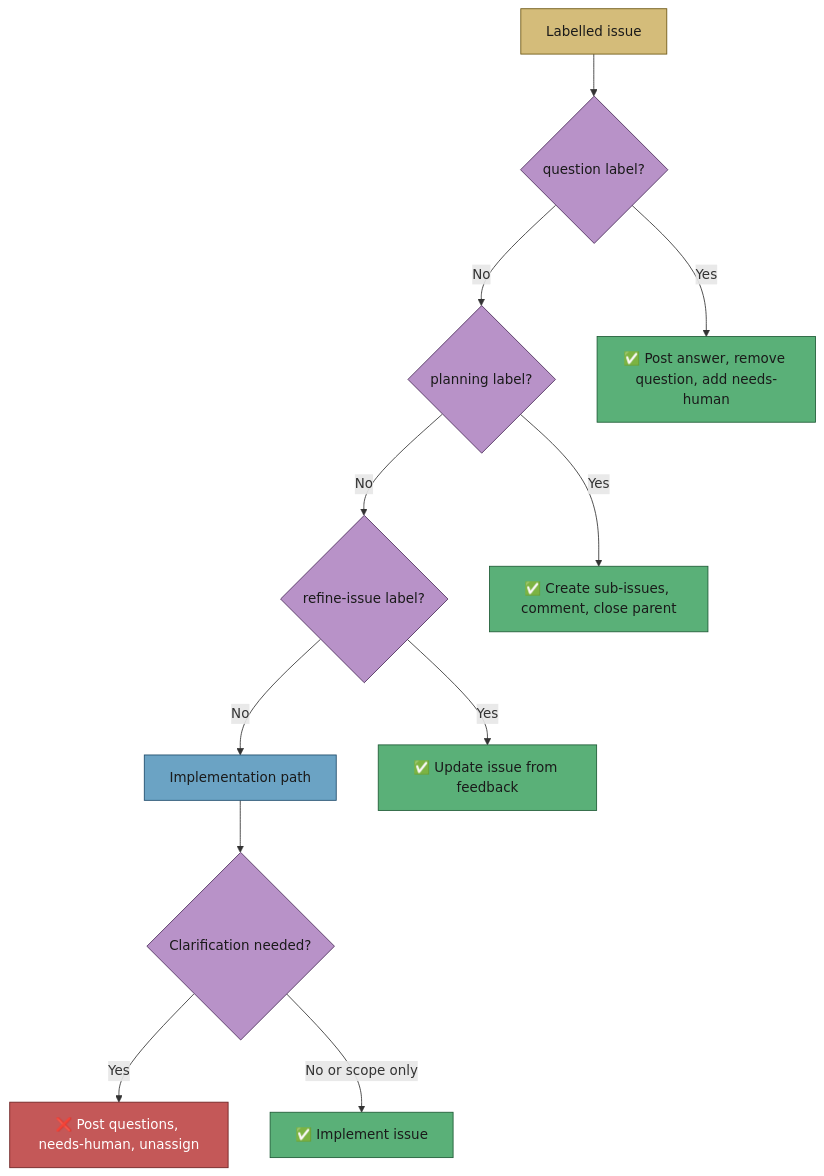
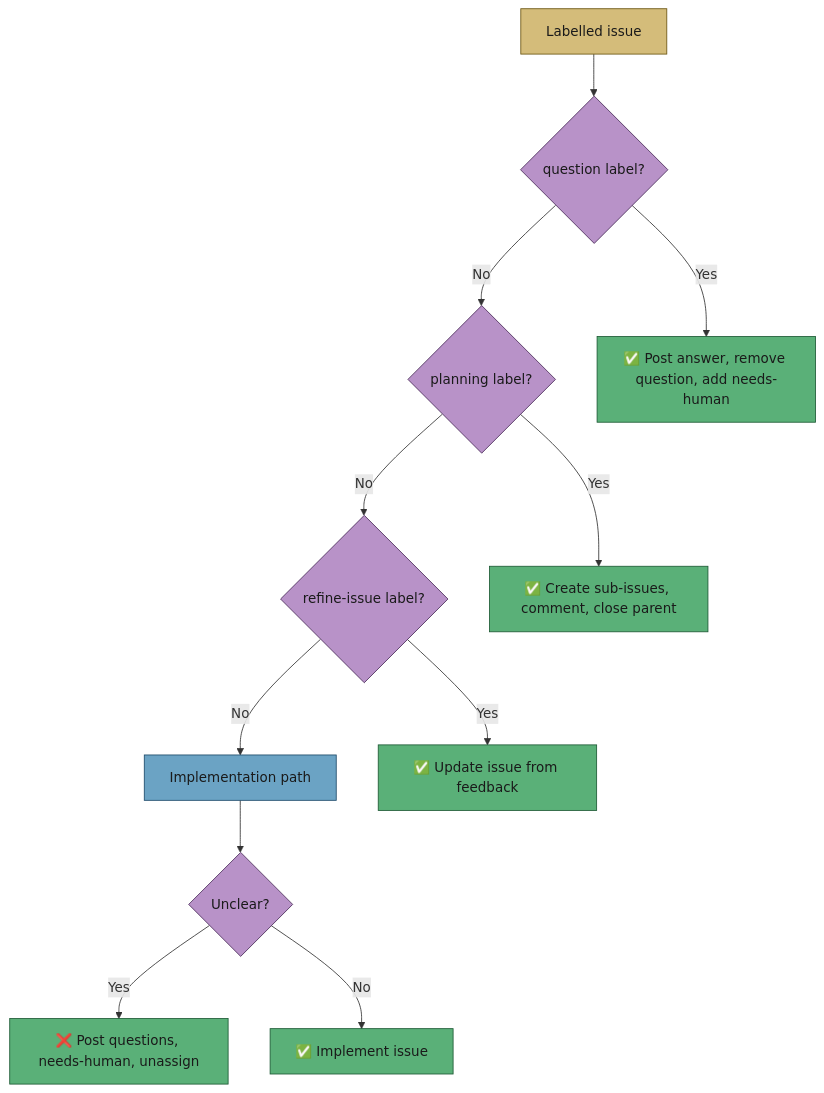
One commit to stSoftwareAU/VibeCoder changed diagram 12 of 12 in docs/workflows/planning-and-questions.md. Above: the diagram before and after it, drawn with Mermaid. The commit also changed other lines of this file and 40 other files, not shown here.

````diff
--- a/docs/workflows/planning-and-questions.md
+++ b/docs/workflows/planning-and-questions.md
@@ -1152,35 +1078,35 @@
 ```mermaid
 flowchart TD
   Issue["Labelled issue"]
   Question{"question label?"}
   Planning{"planning label?"}
   Refine{"refine-issue label?"}
   Impl["Implementation path"]
-  Clar{"Clarification needed?"}
+  Clar{"Unclear?"}
   QWork["✅ Post answer, remove question, add needs-human"]
   PlanWork["✅ Create sub-issues, comment, close parent"]
   RefWork["✅ Update issue from feedback"]
   Ask["❌ Post questions, needs-human, unassign"]
   Code["✅ Implement issue"]
   Issue --> Question
   Question -->|Yes| QWork
   Question -->|No| Planning
   Planning -->|Yes| PlanWork
   Planning -->|No| Refine
   Refine -->|Yes| RefWork
   Refine -->|No| Impl
   Impl --> Clar
   Clar -->|Yes| Ask
-  Clar -->|No or scope only| Code
+  Clar -->|No| Code
   style Issue fill:#d4bc7a,stroke:#6b5510,color:#1a1a1a
   style Question fill:#b892c8,stroke:#4a2d5a,color:#1a1a1a
   style Planning fill:#b892c8,stroke:#4a2d5a,color:#1a1a1a
   style Refine fill:#b892c8,stroke:#4a2d5a,color:#1a1a1a
   style Impl fill:#6ba3c4,stroke:#1d4a6a,color:#1a1a1a
   style Clar fill:#b892c8,stroke:#4a2d5a,color:#1a1a1a
   style QWork fill:#5ab078,stroke:#1d5a35,color:#1a1a1a
   style PlanWork fill:#5ab078,stroke:#1d5a35,color:#1a1a1a
   style RefWork fill:#5ab078,stroke:#1d5a35,color:#1a1a1a
-  style Ask fill:#c45858,stroke:#6b2020,color:#fff
+  style Ask fill:#5ab078,stroke:#1d5a35,color:#1a1a1a
   style Code fill:#5ab078,stroke:#1d5a35,color:#1a1a1a
 ```
````
